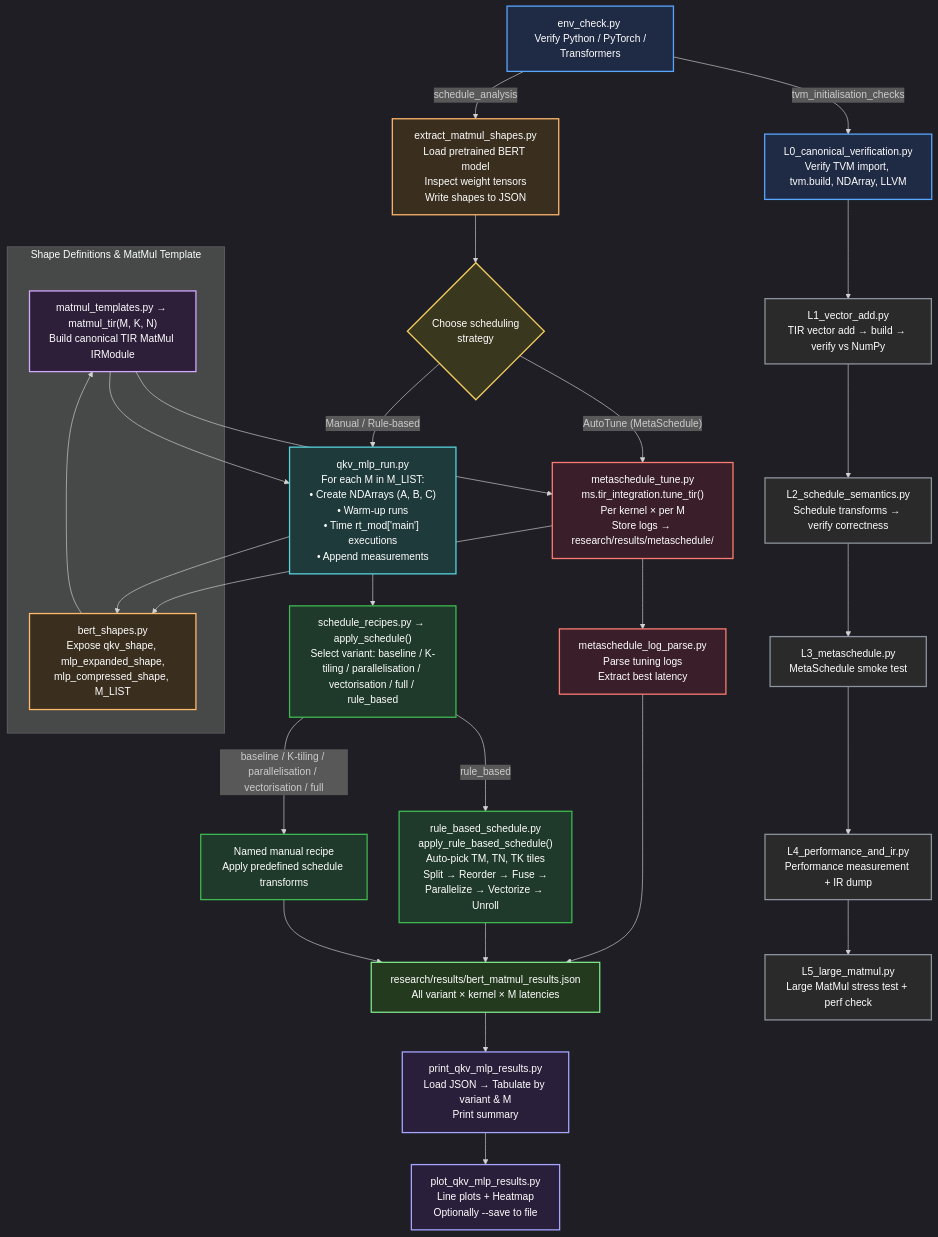
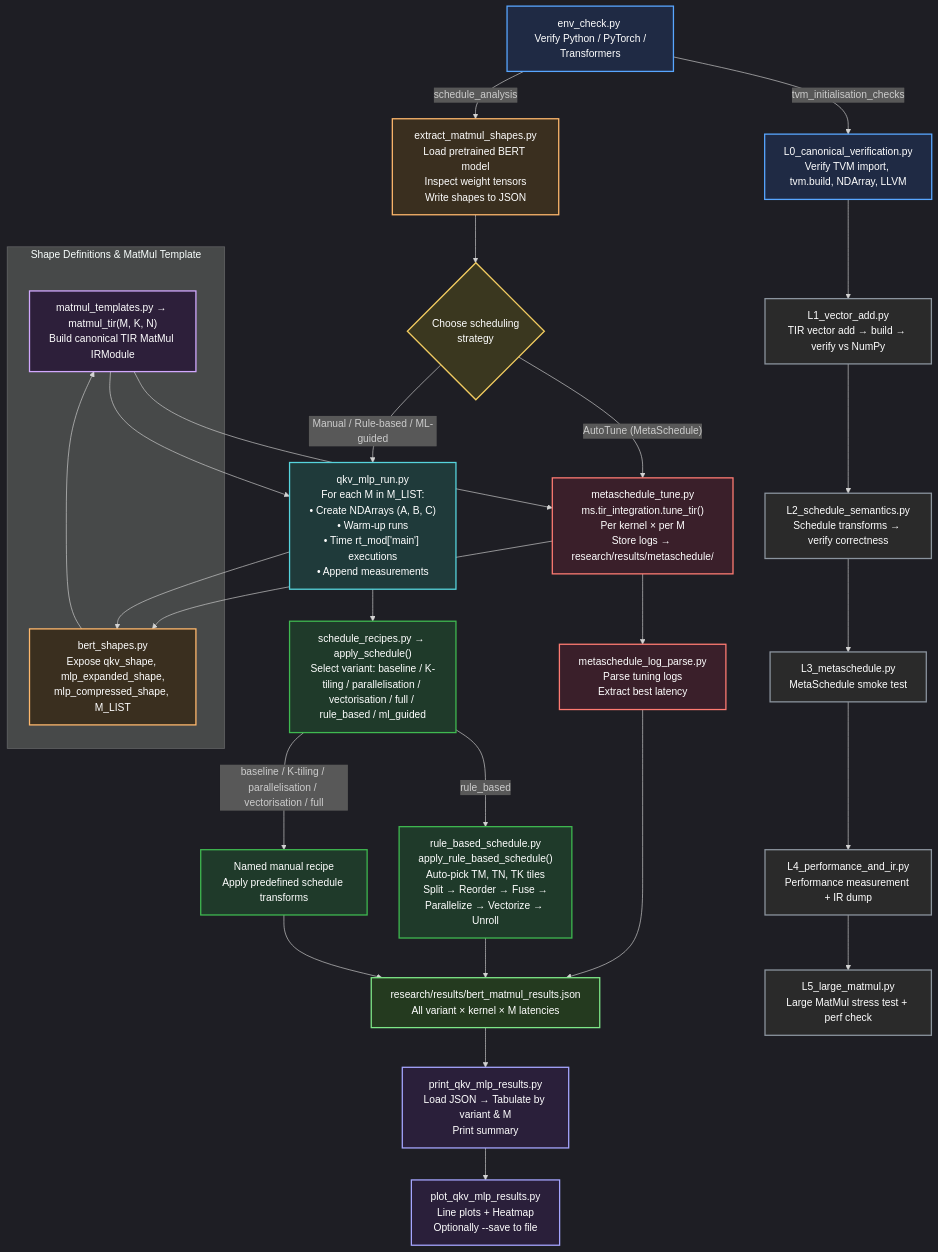
One commit to royishan2004/apache_tvm_research changed the diagram in README.md. Above: the diagram before and after it, drawn with Mermaid. The commit also changed other lines of this file and 17 other files, not shown here.

```diff
--- a/README.md
+++ b/README.md
@@ -842,7 +748,7 @@
 A -- tvm_initialisation_checks --> B
 A -- schedule_analysis --> C
 
-H["schedule_recipes.py → apply_schedule()<br>Select variant: baseline / K-tiling / parallelisation / vectorisation / full / rule_based"]
+H["schedule_recipes.py → apply_schedule()<br>Select variant: baseline / K-tiling / parallelisation / vectorisation / full / rule_based / ml_guided"]
 H1["rule_based_schedule.py<br>apply_rule_based_schedule()<br>Auto-pick TM, TN, TK tiles<br>Split → Reorder → Fuse →<br>Parallelize → Vectorize → Unroll"]
 
 G{"Choose scheduling<br>strategy"}
@@ -876,7 +782,7 @@
 C --> G
 
 G -- AutoTune (MetaSchedule) --> I
-G -- Manual / Rule-based --> K
+G -- Manual / Rule-based / ML-guided --> K
 
 H -- rule_based --> H1
 H -- baseline / K-tiling / parallelisation / vectorisation / full --> H2
```
